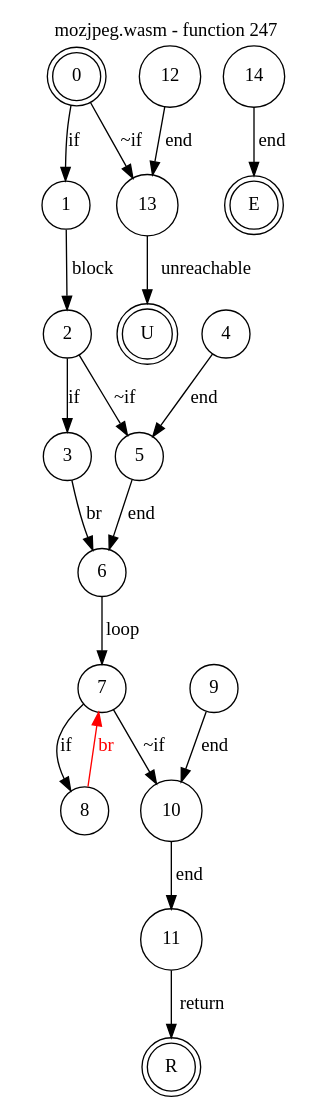
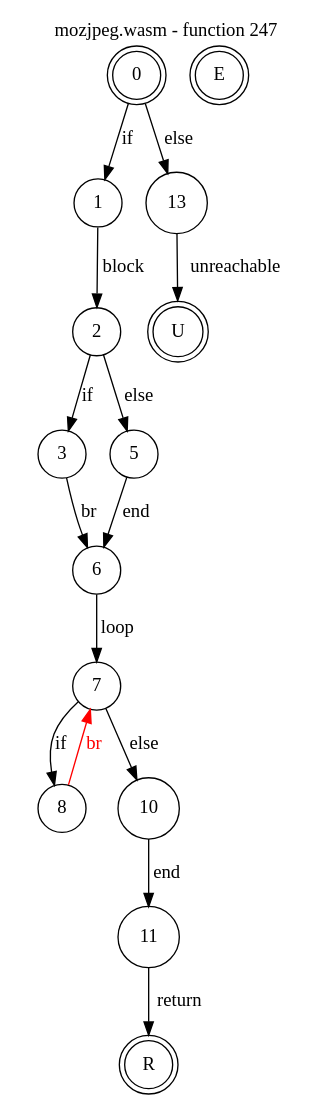
One commit to jsCarleton/wanalyze changed the diagram in test_cases/mozjpeg/funcs/mozjpeg-func247.dot. Above: the diagram before and after it, drawn with Graphviz. The commit also changed 102512 other files, not shown here.

```diff
--- a/test_cases/mozjpeg/funcs/mozjpeg-func247.dot
+++ b/test_cases/mozjpeg/funcs/mozjpeg-func247.dot
@@ -1,27 +1,23 @@
 digraph finite_state_machine {
     label = "mozjpeg.wasm - function 247"
     labelloc =  t
     labelfontsize = 16
     labelfontcolor = black
     labelfontname = "Helvetica"
     node [shape = doublecircle]; 0 E U R ;
     node [shape = circle];
     0 -> 1[label="if"];
-    0 -> 13[label="~if"];
+    0 -> 13[label="else"];
     1 -> 2[label="block"];
     2 -> 3[label="if"];
-    2 -> 5[label="~if"];
+    2 -> 5[label="else"];
     3 -> 6[label="br"];
-    4 -> 5[label="end"];
     5 -> 6[label="end"];
     6 -> 7[label="loop"];
     7 -> 8[label="if"];
-    7 -> 10[label="~if"];
+    7 -> 10[label="else"];
     8 -> 7[color="red" fontcolor="red" label="br"];
-    9 -> 10[label="end"];
     10 -> 11[label="end"];
     11 -> R[label="return"];
-    12 -> 13[label="end"];
     13 -> U[label="unreachable"];
-    14 -> E[label="end"];
 }
```
